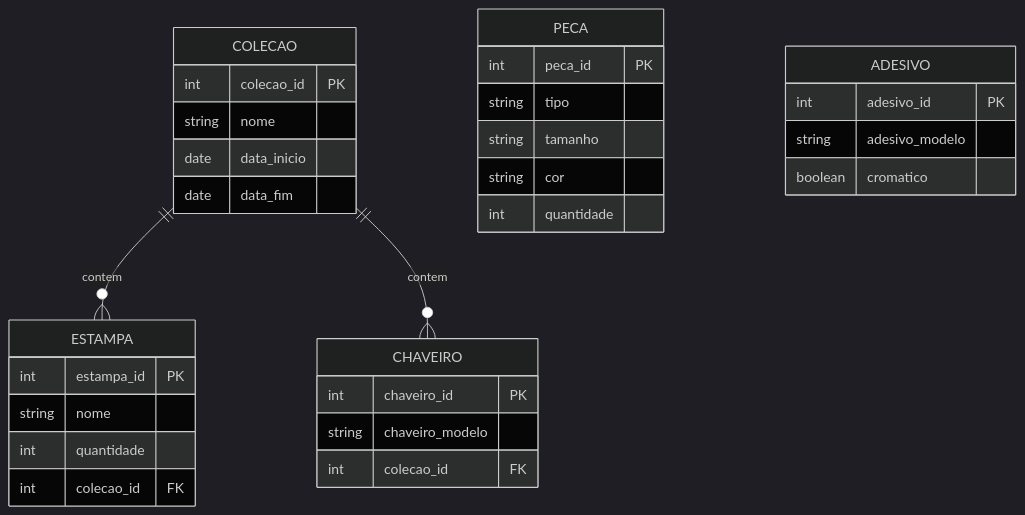
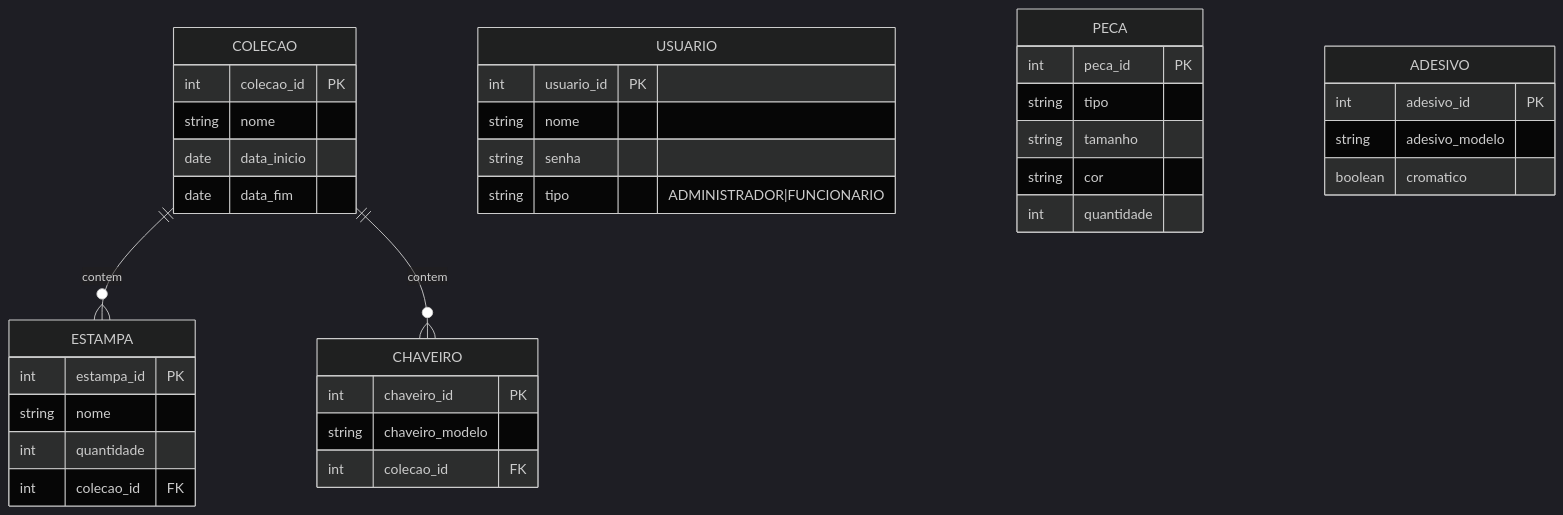
One commit to FeltrinLM/Journey_Back-end changed the diagram in artefatos/diagramas/ModeloER.mmd. Above: the diagram before and after it, drawn with Mermaid (dark theme). The commit also changed 7 other files, not shown here.

```diff
--- a/artefatos/diagramas/ModeloER.mmd
+++ b/artefatos/diagramas/ModeloER.mmd
@@ -1,38 +1,45 @@
 erDiagram
     COLECAO ||--o{ ESTAMPA : contem
     COLECAO ||--o{ CHAVEIRO : contem
+
+    USUARIO {
+        int usuario_id PK
+        string nome
+        string senha
+        string tipo  "ADMINISTRADOR|FUNCIONARIO"
+    }
 
     COLECAO {
         int colecao_id PK
         string nome
         date data_inicio
         date data_fim
     }
 
     ESTAMPA {
         int estampa_id PK
         string nome
         int quantidade
         int colecao_id FK
     }
 
     PECA {
         int peca_id PK
         string tipo
         string tamanho
         string cor
         int quantidade
     }
 
 
     ADESIVO{
         int adesivo_id PK
         string adesivo_modelo
         boolean cromatico
     }
 
     CHAVEIRO{
         int chaveiro_id PK
         string chaveiro_modelo
         int colecao_id FK
     }
```
